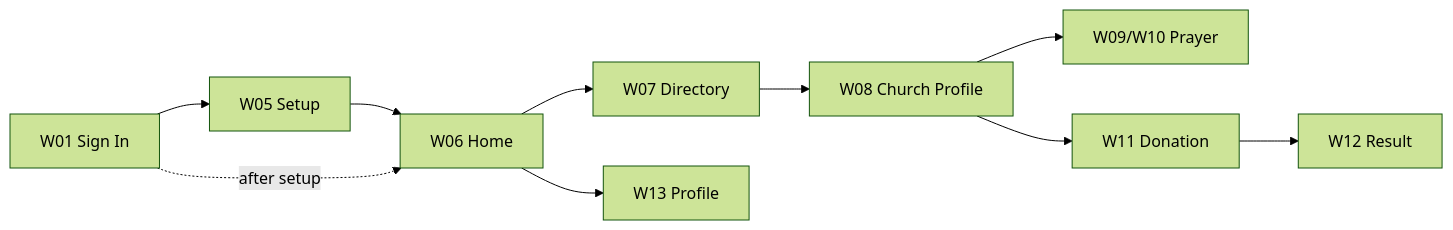
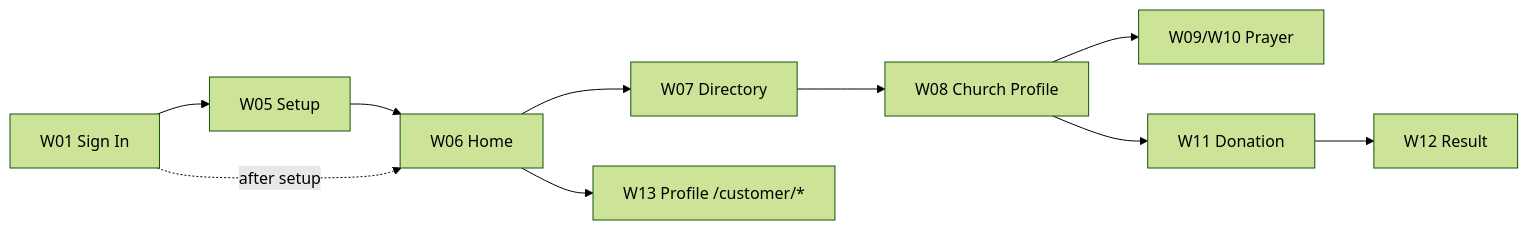
The diagram in docs/website/DESIGN.md (prayer365admin/website-prayer-365), drawn with Mermaid (forest theme) before and after one commit. The commit also changed other lines of this file and 22 other files, not shown here.

````diff
--- a/docs/website/DESIGN.md
+++ b/docs/website/DESIGN.md
@@ -226,12 +250,12 @@
 ```mermaid
 flowchart LR
     L[W01 Sign In] --> S[W05 Setup]
     S --> H[W06 Home]
     H --> D[W07 Directory]
     D --> C[W08 Church Profile]
     C --> P[W09/W10 Prayer]
     C --> G[W11 Donation]
     G --> R[W12 Result]
-    H --> M[W13 Profile]
+    H --> M[W13 Profile /customer/*]
     L -.->|after setup| H
 ```
````
